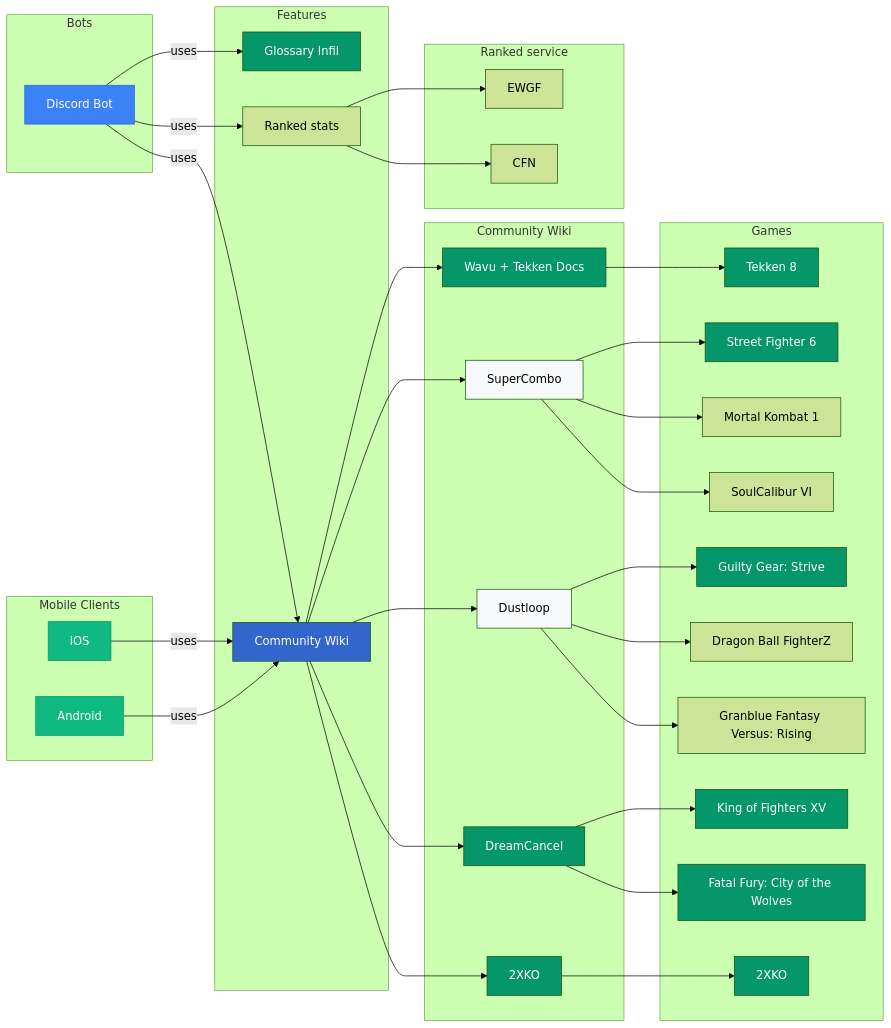
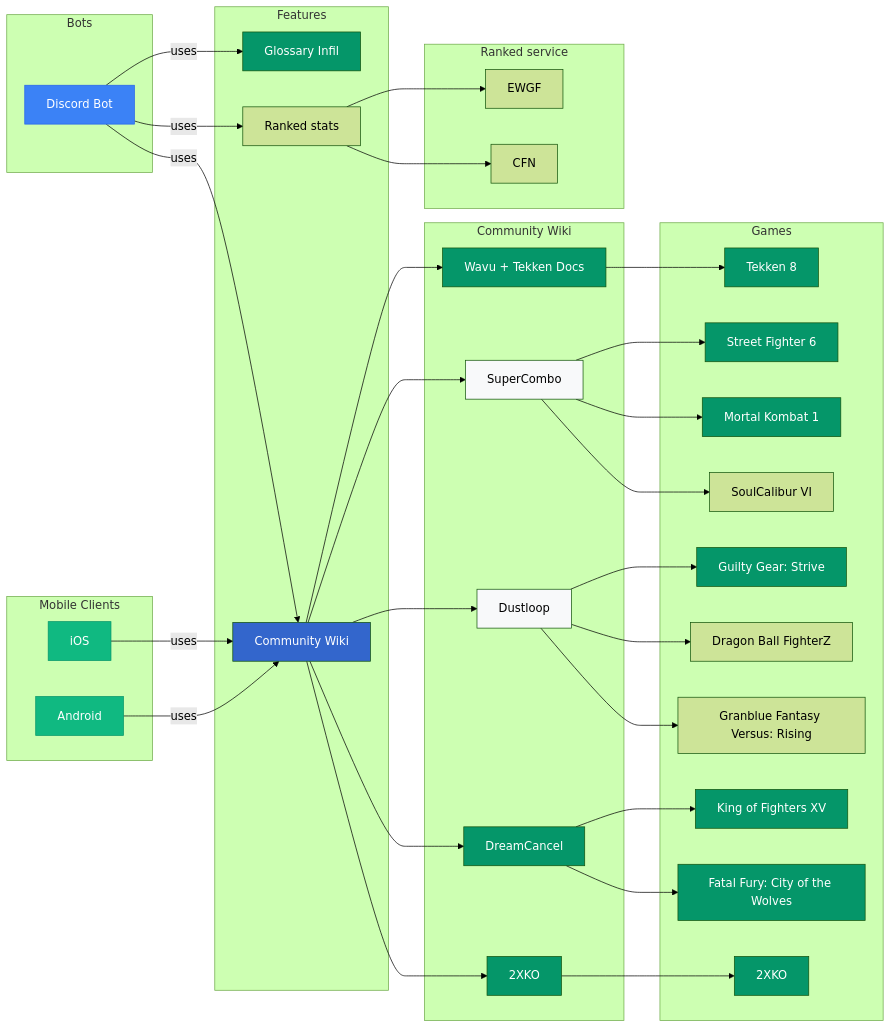
Before and after one commit to Sophon/FightingNerd: the diagram in README.md, drawn with Mermaid (forest theme). The commit also changed 51 other files, not shown here.

````diff
--- a/README.md
+++ b/README.md
@@ -106,4 +106,5 @@
   style kof15 fill:#059669,color:#fff
   style cotw fill:#059669,color:#fff
   style ggst fill:#059669,color:#fff
+  style mk1 fill:#059669,color:#fff
 ```
````
